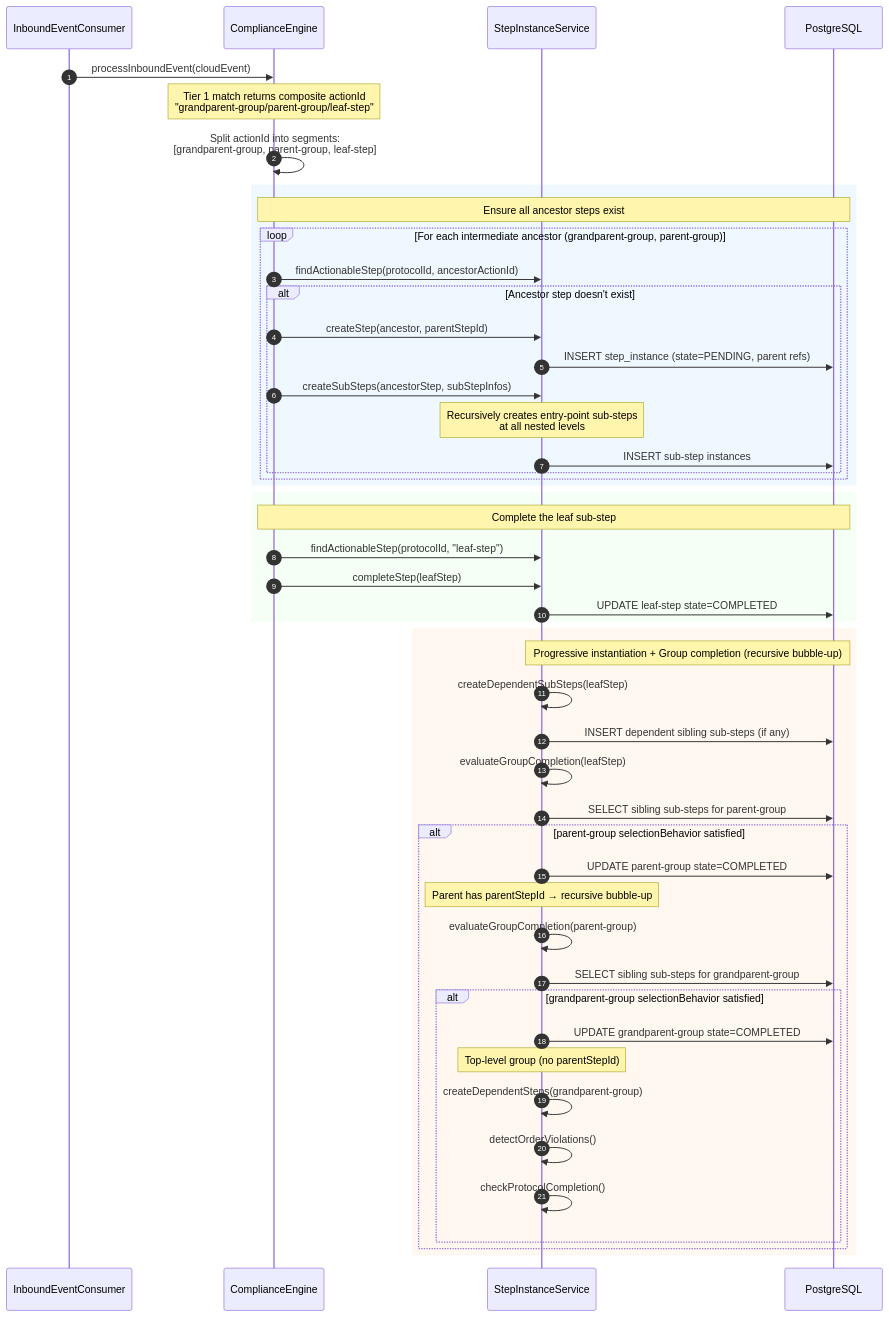
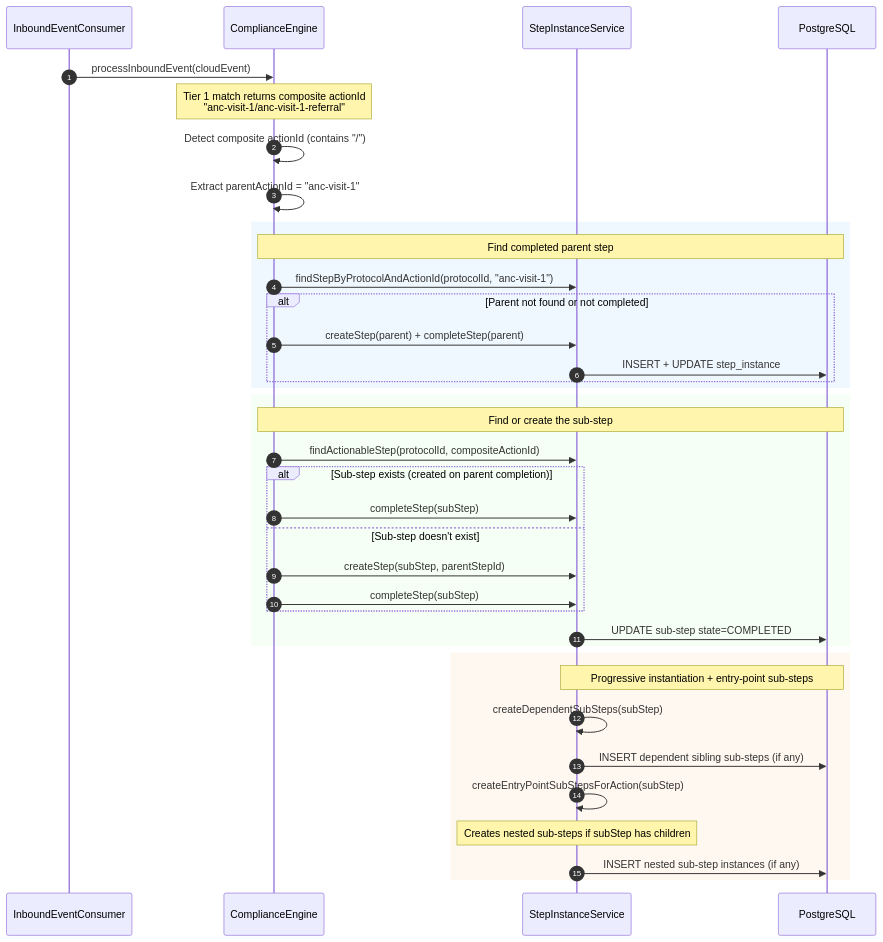
One commit to Jayaprakash8887/cce-compliance-service changed the tenth of 11 diagrams in docs/flow-diagrams.md. Above: the diagram before and after it, drawn with Mermaid. The commit also changed other lines of this file and 13 other files, not shown here.

````diff
--- a/docs/flow-diagrams.md
+++ b/docs/flow-diagrams.md
@@ -477,56 +477,45 @@
 ```mermaid
 sequenceDiagram
     autonumber
     participant Consumer as InboundEventConsumer
     participant Engine as ComplianceEngine
     participant SIS as StepInstanceService
     participant DB as PostgreSQL
 
     Consumer->>Engine: processInboundEvent(cloudEvent)
-    Note over Engine: Tier 1 match returns composite actionId<br/>"grandparent-group/parent-group/leaf-step"
+    Note over Engine: Tier 1 match returns composite actionId<br/>"anc-visit-1/anc-visit-1-referral"
 
-    Engine->>Engine: Split actionId into segments:<br/>[grandparent-group, parent-group, leaf-step]
+    Engine->>Engine: Detect composite actionId (contains "/")
+    Engine->>Engine: Extract parentActionId = "anc-visit-1"
 
     rect rgb(240, 248, 255)
-        Note over Engine,DB: Ensure all ancestor steps exist
-        loop For each intermediate ancestor (grandparent-group, parent-group)
-            Engine->>SIS: findActionableStep(protocolId, ancestorActionId)
-            alt Ancestor step doesn't exist
-                Engine->>SIS: createStep(ancestor, parentStepId)
-                SIS->>DB: INSERT step_instance (state=PENDING, parent refs)
-                Engine->>SIS: createSubSteps(ancestorStep, subStepInfos)
-                Note over SIS: Recursively creates entry-point sub-steps<br/>at all nested levels
-                SIS->>DB: INSERT sub-step instances
-            end
+        Note over Engine,DB: Find completed parent step
+        Engine->>SIS: findStepByProtocolAndActionId(protocolId, "anc-visit-1")
+        alt Parent not found or not completed
+            Engine->>SIS: createStep(parent) + completeStep(parent)
+            SIS->>DB: INSERT + UPDATE step_instance
         end
     end
 
     rect rgb(245, 255, 245)
-        Note over Engine,DB: Complete the leaf sub-step
-        Engine->>SIS: findActionableStep(protocolId, "leaf-step")
-        Engine->>SIS: completeStep(leafStep)
-        SIS->>DB: UPDATE leaf-step state=COMPLETED
+        Note over Engine,DB: Find or create the sub-step
+        Engine->>SIS: findActionableStep(protocolId, compositeActionId)
+        alt Sub-step exists (created on parent completion)
+            Engine->>SIS: completeStep(subStep)
+        else Sub-step doesn't exist
+            Engine->>SIS: createStep(subStep, parentStepId)
+            Engine->>SIS: completeStep(subStep)
+        end
+        SIS->>DB: UPDATE sub-step state=COMPLETED
     end
 
     rect rgb(255, 248, 240)
-        Note over SIS,DB: Progressive instantiation + Group completion (recursive bubble-up)
-        SIS->>SIS: createDependentSubSteps(leafStep)
+        Note over SIS,DB: Progressive instantiation + entry-point sub-steps
+        SIS->>SIS: createDependentSubSteps(subStep)
         SIS->>DB: INSERT dependent sibling sub-steps (if any)
 
-        SIS->>SIS: evaluateGroupCompletion(leafStep)
-        SIS->>DB: SELECT sibling sub-steps for parent-group
-        alt parent-group selectionBehavior satisfied
-            SIS->>DB: UPDATE parent-group state=COMPLETED
-            Note over SIS: Parent has parentStepId → recursive bubble-up
-            SIS->>SIS: evaluateGroupCompletion(parent-group)
-            SIS->>DB: SELECT sibling sub-steps for grandparent-group
-            alt grandparent-group selectionBehavior satisfied
-                SIS->>DB: UPDATE grandparent-group state=COMPLETED
-                Note over SIS: Top-level group (no parentStepId)
-                SIS->>SIS: createDependentSteps(grandparent-group)
-                SIS->>SIS: detectOrderViolations()
-                SIS->>SIS: checkProtocolCompletion()
-            end
-        end
+        SIS->>SIS: createEntryPointSubStepsForAction(subStep)
+        Note over SIS: Creates nested sub-steps if subStep has children
+        SIS->>DB: INSERT nested sub-step instances (if any)
     end
 ```
````
